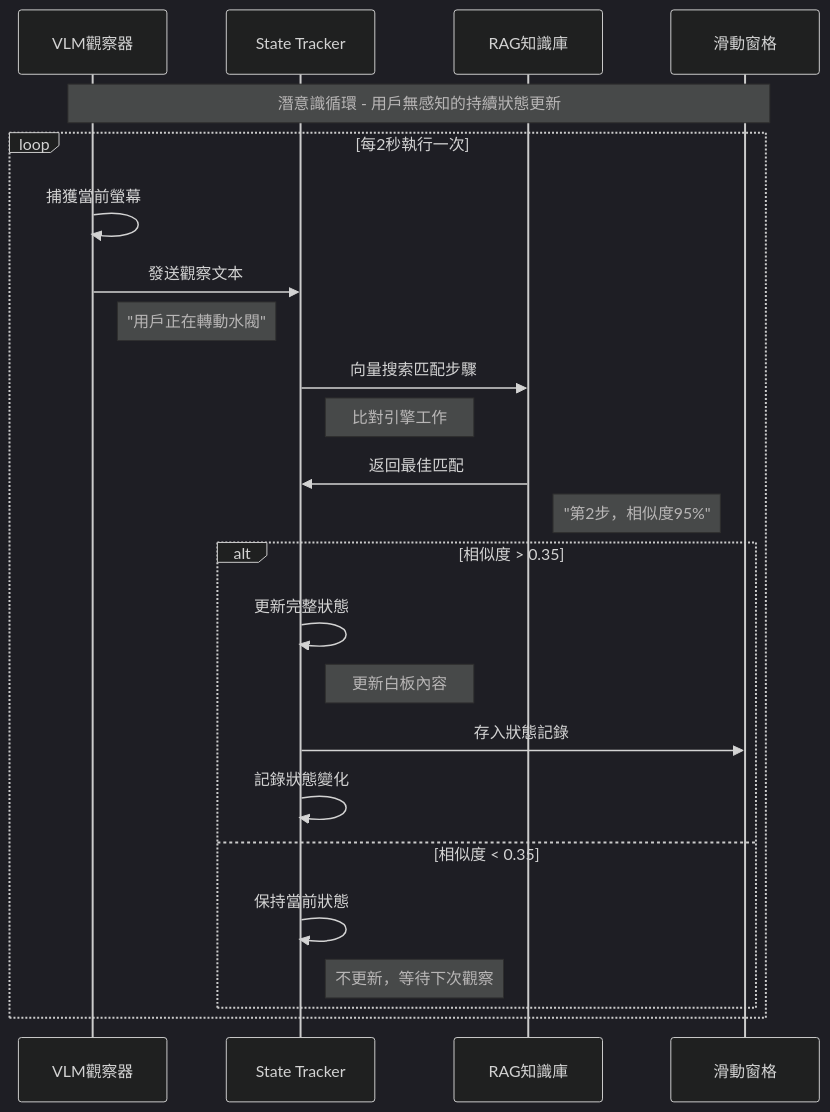
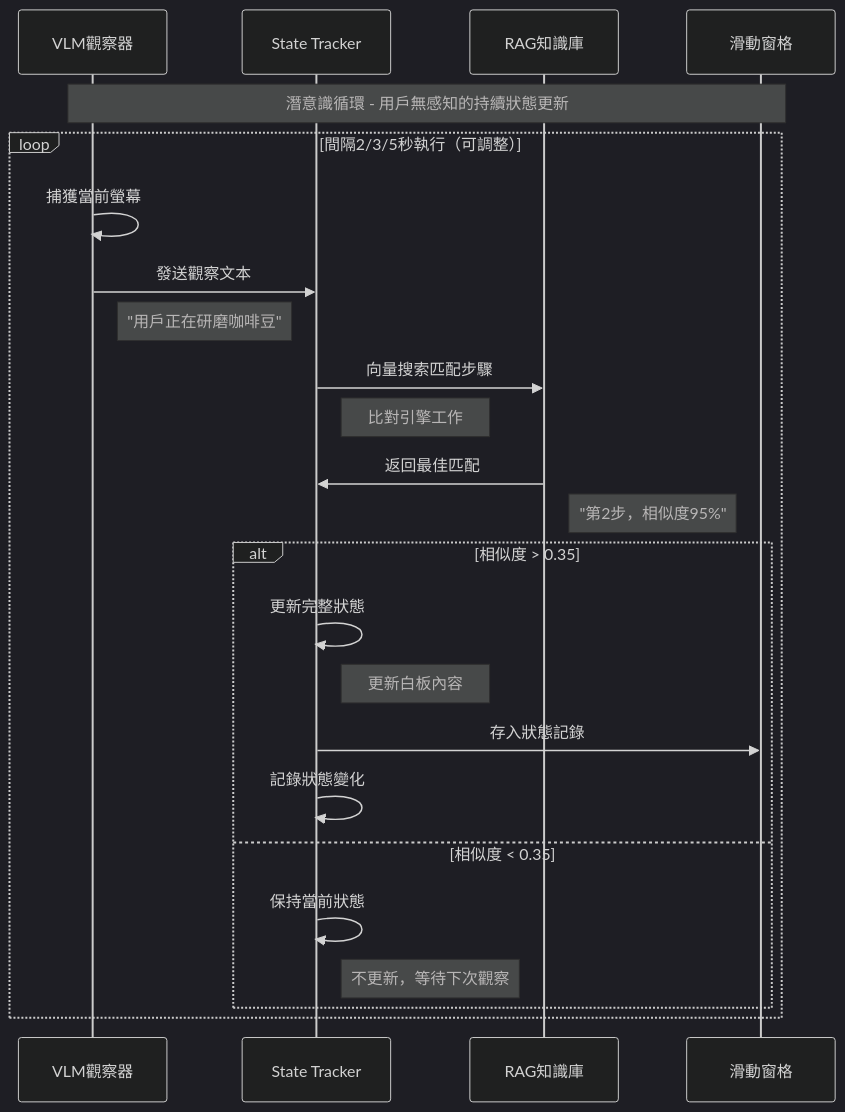
Before and after one commit to yitzuliu/DissertationDemo: the third of 5 diagrams in .kiro/specs/memory-system/design.md, drawn with Mermaid (dark theme). The commit also changed other lines of this file and 4 other files, not shown here.

First line of the commit message:
feat: Add architecture overview and update implementation readiness documents

````diff
--- a/.kiro/specs/memory-system/design.md
+++ b/.kiro/specs/memory-system/design.md
@@ -337,30 +337,30 @@
 ```mermaid
 sequenceDiagram
     participant VLM as VLM觀察器
     participant ST as State Tracker
     participant RAG as RAG知識庫
     participant SW as 滑動窗格
     
     Note over VLM,SW: 潛意識循環 - 用戶無感知的持續狀態更新
     
-    loop 每2秒執行一次
+    loop 間隔2/3/5秒執行（可調整）
         VLM->>VLM: 捕獲當前螢幕
         VLM->>ST: 發送觀察文本
-        Note right of VLM: "用戶正在轉動水閥"
+        Note right of VLM: "用戶正在研磨咖啡豆"
         
         ST->>RAG: 向量搜索匹配步驟
         Note right of ST: 比對引擎工作
         RAG->>ST: 返回最佳匹配
         Note right of RAG: "第2步，相似度95%"
         
         alt 相似度 > 0.35
             ST->>ST: 更新完整狀態
             Note right of ST: 更新白板內容
             ST->>SW: 存入狀態記錄
             ST->>ST: 記錄狀態變化
         else 相似度 < 0.35
             ST->>ST: 保持當前狀態
             Note right of ST: 不更新，等待下次觀察
         end
     end
 ```
````
